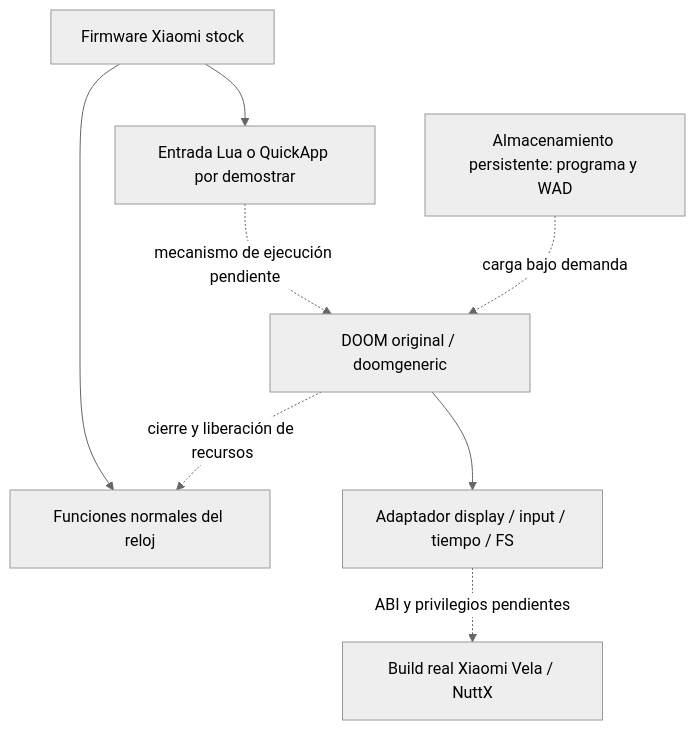
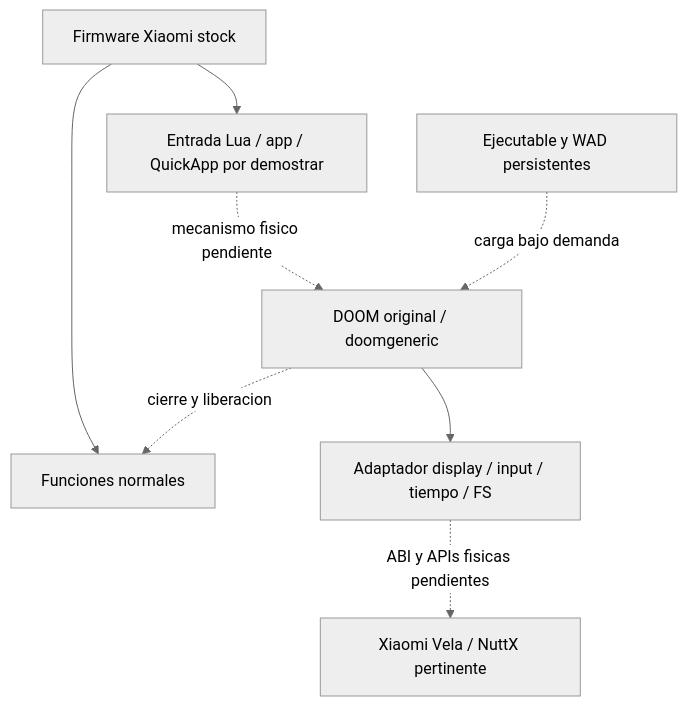
Before and after one commit to Pizofh/Doomed---Doom-for-Redmi-watch-4-: the diagram in docs/architecture.md, drawn with Mermaid (neutral theme). The commit also changed other lines of this file and 9 other files, not shown here.

````diff
--- a/docs/architecture.md
+++ b/docs/architecture.md
@@ -5,10 +7,10 @@
 ```mermaid
 flowchart TD
-    S[Firmware Xiaomi stock] --> W[Funciones normales del reloj]
-    S --> L[Entrada Lua o QuickApp por demostrar]
-    L -. mecanismo de ejecución pendiente .-> D[DOOM original / doomgeneric]
+    S[Firmware Xiaomi stock] --> W[Funciones normales]
+    S --> L[Entrada Lua / app / QuickApp por demostrar]
+    L -. mecanismo fisico pendiente .-> D[DOOM original / doomgeneric]
     D --> P[Adaptador display / input / tiempo / FS]
-    P -. ABI y privilegios pendientes .-> V[Build real Xiaomi Vela / NuttX]
-    F[Almacenamiento persistente: programa y WAD] -. carga bajo demanda .-> D
-    D -. cierre y liberación de recursos .-> W
+    P -. ABI y APIs fisicas pendientes .-> V[Xiaomi Vela / NuttX pertinente]
+    F[Ejecutable y WAD persistentes] -. carga bajo demanda .-> D
+    D -. cierre y liberacion .-> W
 ```
````
